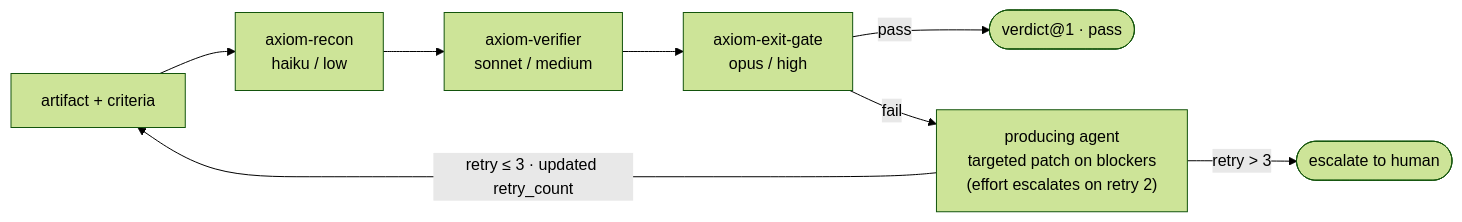
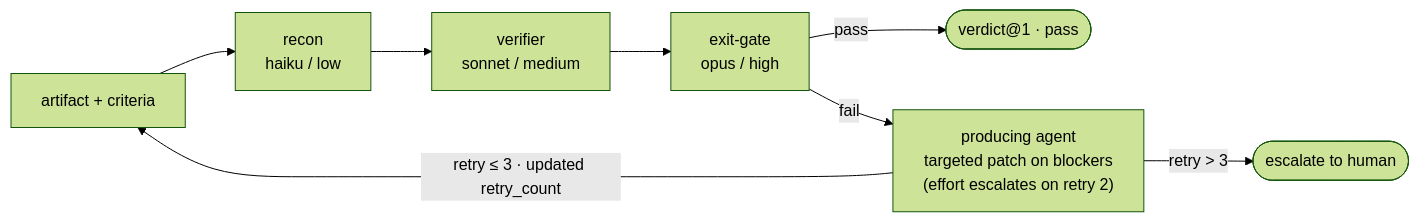
One commit to orin-dx/agent-plugins changed the fourth of 4 diagrams in ARCHITECTURE.md. Above: the diagram before and after it, drawn with Mermaid (forest theme). The commit also changed other lines of this file and 128 other files, not shown here.

````diff
--- a/ARCHITECTURE.md
+++ b/ARCHITECTURE.md
@@ -121,16 +121,16 @@
 ```mermaid
 flowchart LR
-    Art[artifact + criteria] --> Recon["axiom-recon
+    Art[artifact + criteria] --> Recon["recon
     haiku / low"]
-    Recon --> Ver["axiom-verifier
+    Recon --> Ver["verifier
     sonnet / medium"]
-    Ver --> Gate["axiom-exit-gate
+    Ver --> Gate["exit-gate
     opus / high"]
 
     Fix["producing agent\ntargeted patch on blockers\n(effort escalates on retry 2)"]
 
     Gate -->|pass| Done(["verdict@1 · pass"])
     Gate -->|fail| Fix
     Fix -->|"retry ≤ 3 · updated retry_count"| Art
     Fix -->|"retry > 3"| Esc(["escalate to human"])
 ```
````
